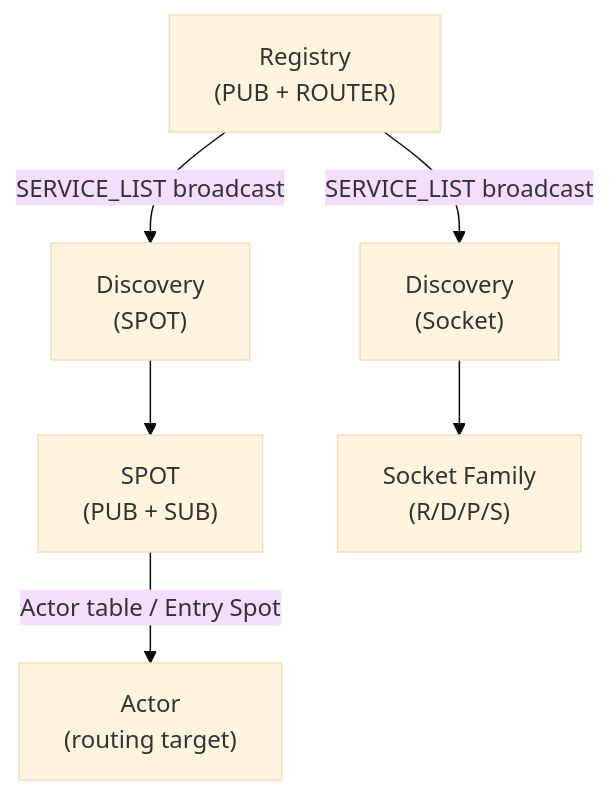
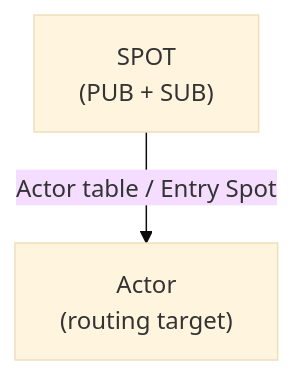
Before and after one commit to kairos-code-dev/zlink: the third of 3 diagrams in core/doc/guide/07-0-services.md, drawn with Mermaid (base theme). The commit also changed other lines of this file and 34 other files, not shown here.

Commit message:
Clean removed discovery registry docs

````diff
--- a/core/doc/guide/07-0-services.md
+++ b/core/doc/guide/07-0-services.md
@@ -209,9 +178,5 @@
 ```mermaid
 flowchart TB
-    R["Registry<br/>(PUB + ROUTER)"]
-    R -- "SERVICE_LIST broadcast" --> D1["Discovery<br/>(SPOT)"]
-    R -- "SERVICE_LIST broadcast" --> D2["Discovery<br/>(Socket)"]
-    D1 --> S1["SPOT<br/>(PUB + SUB)"]
+    S1["SPOT<br/>(PUB + SUB)"]
     S1 -- "Actor table / Entry Spot" --> A1["Actor<br/>(routing target)"]
-    D2 --> S2["Socket Family<br/>(R/D/P/S)"]
 ```
````
